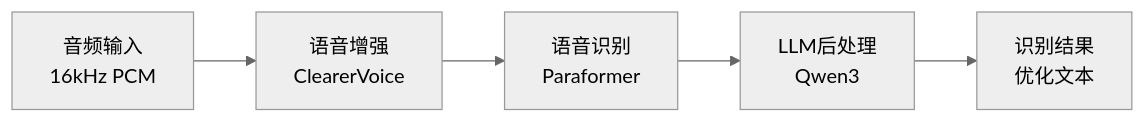
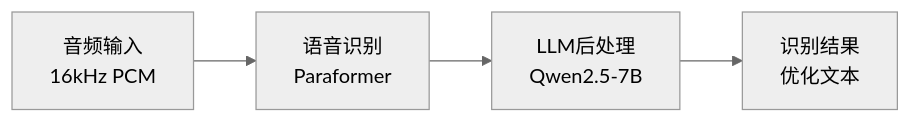
One commit to WAASSTT/mcp-server-funasr changed the diagram in README.md. Above: the diagram before and after it, drawn with Mermaid (neutral theme). The commit also changed other lines of this file and 16 other files, not shown here.

````diff
--- a/README.md
+++ b/README.md
@@ -151,7 +150,6 @@
 ```mermaid
 graph LR
-    A[音频输入<br/>16kHz PCM] --> B[语音增强<br/>ClearerVoice]
-    B --> C[语音识别<br/>Paraformer]
-    C --> D[LLM后处理<br/>Qwen3]
-    D --> E[识别结果<br/>优化文本]
+    A[音频输入<br/>16kHz PCM] --> B[语音识别<br/>Paraformer]
+    B --> C[LLM后处理<br/>Qwen2.5-7B]
+    C --> D[识别结果<br/>优化文本]
 ```
````
